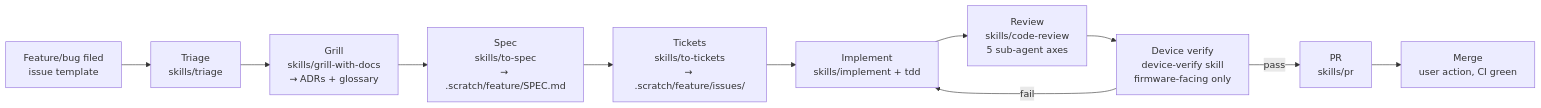
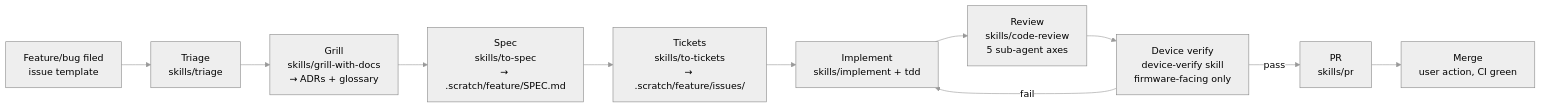
The diagram in docs/factory.md (eddietheengineer/home-assistant-bridge-esphome), drawn with Mermaid before and after one commit. The commit also changed other lines of this file and 7 other files, not shown here.

````diff
--- a/docs/factory.md
+++ b/docs/factory.md
@@ -9,13 +11,14 @@
 ```mermaid
-flowchart LR
+%%{init: {"theme":"neutral","themeVariables":{"primaryColor":"#4a90d9","primaryBorderColor":"#2c6a9e","primaryTextColor":"#1a1a1a","secondaryColor":"#d9e8f5","tertiaryColor":"#f0f0f0","lineColor":"#999999","clusterBkg":"#f5f5f5","clusterBorder":"#aaaaaa","fontFamily":"monospace","nodeBorder":"#888888","edgeLabelBackground":"#ffffff"}}}%%
+graph LR
   A[Feature/bug filed<br/>issue template] --> B[Triage<br/>skills/triage]
   B --> C[Grill<br/>skills/grill-with-docs<br/>→ ADRs + glossary]
   C --> D[Spec<br/>skills/to-spec<br/>→ .scratch/feature/SPEC.md]
   D --> E[Tickets<br/>skills/to-tickets<br/>→ .scratch/feature/issues/]
   E --> F[Implement<br/>skills/implement + tdd]
   F --> G[Review<br/>skills/code-review<br/>5 sub-agent axes]
   G --> H[Device verify<br/>device-verify skill<br/>firmware-facing only]
   H -->|fail| F
   H -->|pass| I[PR<br/>skills/pr]
   I --> J[Merge<br/>user action, CI green]
 ```
````
